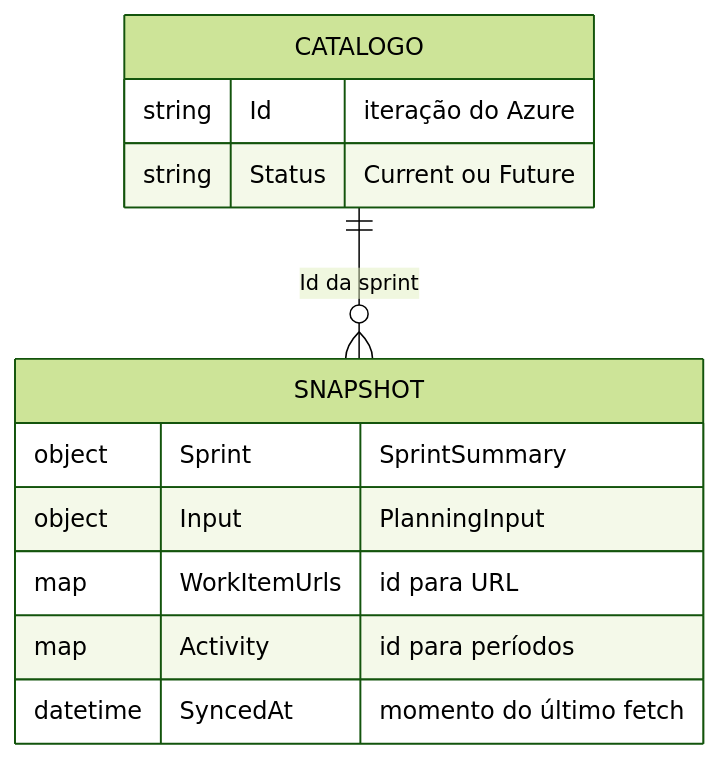
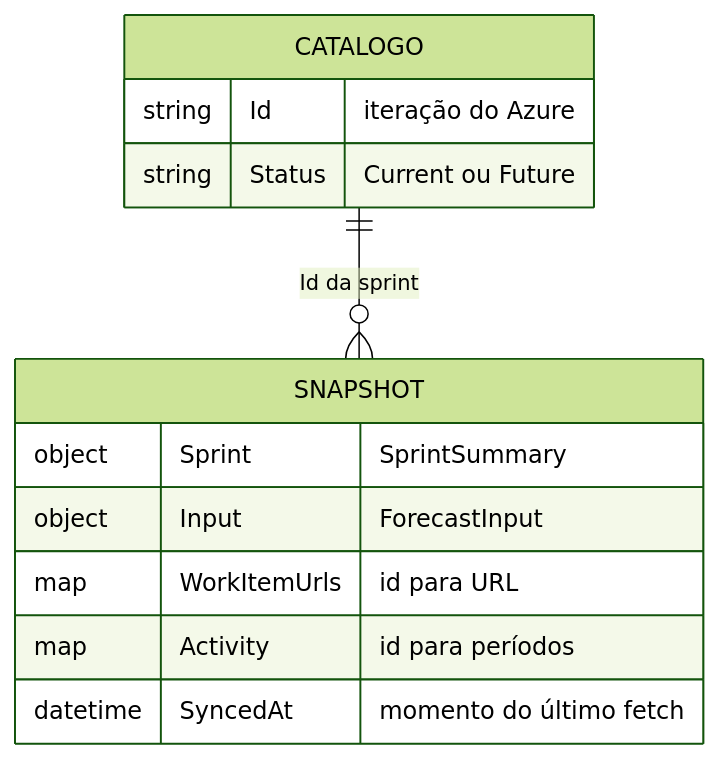
One commit to alepspizzetti/SprintFlow changed the fifth of 7 diagrams in .docs/ARQUITETURA.md. Above: the diagram before and after it, drawn with Mermaid (forest theme). The commit also changed other lines of this file and 31 other files, not shown here.

First line of the commit message:
Feat:atualiza previsão de sprint e timeline

````diff
--- a/.docs/ARQUITETURA.md
+++ b/.docs/ARQUITETURA.md
@@ -239,15 +242,15 @@
 ```mermaid
 erDiagram
   CATALOGO ||--o{ SNAPSHOT : "Id da sprint"
   CATALOGO {
     string Id "iteração do Azure"
     string Status "Current ou Future"
   }
   SNAPSHOT {
     object Sprint "SprintSummary"
-    object Input "PlanningInput"
+    object Input "ForecastInput"
     map WorkItemUrls "id para URL"
     map Activity "id para períodos"
     datetime SyncedAt "momento do último fetch"
   }
 ```
````
